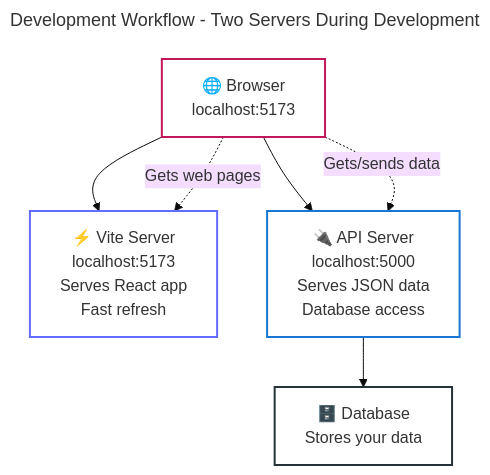
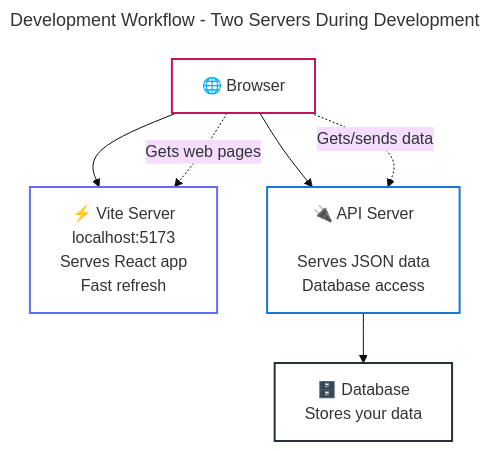
Before and after one commit to uldahlalex/ten: the diagram in docs/development-workflow.mmd, drawn with Mermaid (base theme).

```diff
--- a/docs/development-workflow.mmd
+++ b/docs/development-workflow.mmd
@@ -1,35 +1,35 @@
 ---
 title: "Development Workflow - Two Servers During Development"
 ---
 
 flowchart TD
     %% Browser
-    BROWSER["🌐 Browser<br/>localhost:5173"]
+    BROWSER["🌐 Browser<br/>"]
     
     %% Two servers
     VITE["⚡ Vite Server<br/>localhost:5173<br/>Serves React app<br/>Fast refresh"]
     
-    API["🔌 API Server<br/>localhost:5000<br/>Serves JSON data<br/>Database access"]
+    API["🔌 API Server<br/><br/>Serves JSON data<br/>Database access"]
     
     %% Database
     DB["🗄️ Database<br/>Stores your data"]
     
     %% Connections
     BROWSER --> VITE
     BROWSER --> API
     API --> DB
     
     %% Labels
     BROWSER -.->|"Gets web pages"| VITE
     BROWSER -.->|"Gets/sends data"| API
     
     %% Styling
     classDef browser fill:transparent,stroke:#c2185b,stroke-width:2px
     classDef vite fill:transparent,stroke:#646cff,stroke-width:2px
     classDef api fill:transparent,stroke:#1976d2,stroke-width:2px
     classDef database fill:transparent,stroke:#263238,stroke-width:2px
     
     class BROWSER browser
     class VITE vite
     class API api
     class DB database
```
